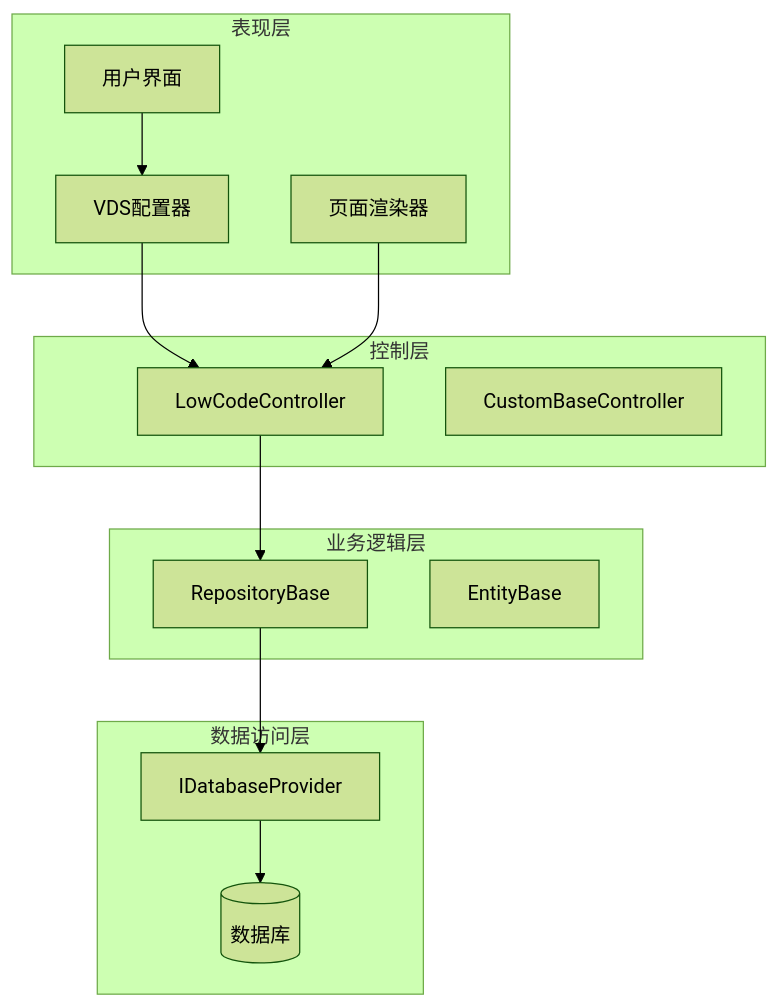
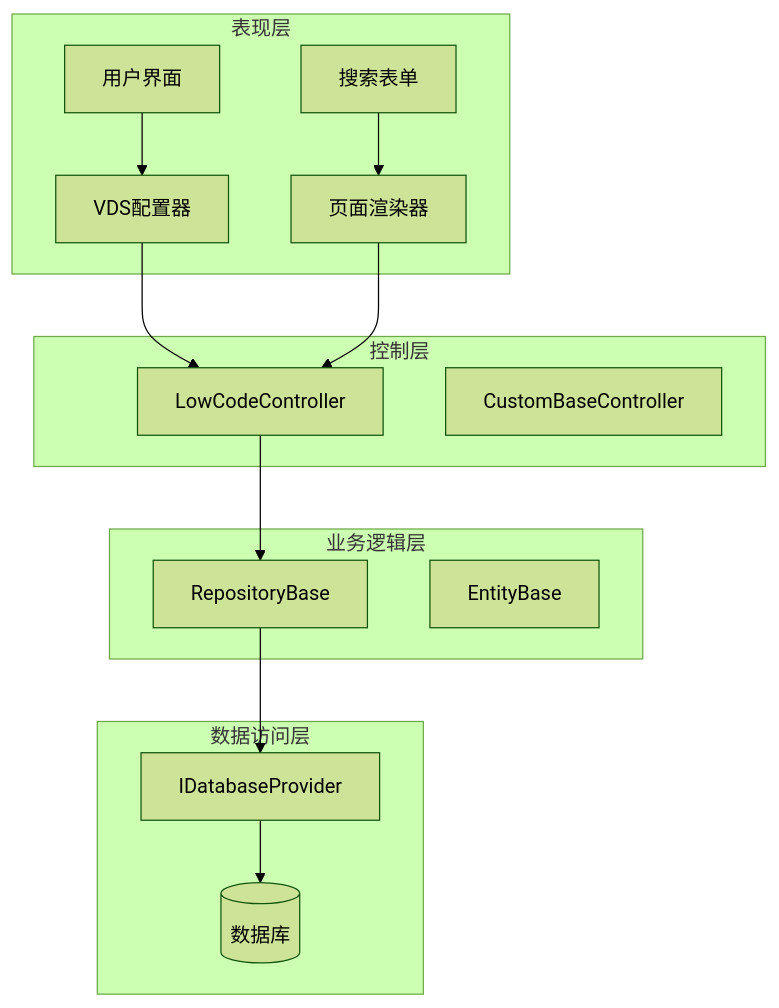
Before and after one commit to Sosososolong/AirGo: the first of 13 diagrams in .qoder/repowiki/zh/content/VDS字段配置系统.md, drawn with Mermaid (forest theme). The commit also changed other lines of this file and 4 other files, not shown here.

````diff
--- a/.qoder/repowiki/zh/content/VDS字段配置系统.md
+++ b/.qoder/repowiki/zh/content/VDS字段配置系统.md
@@ -41,26 +57,28 @@
 ```mermaid
 graph TB
 subgraph "表现层"
 UI[用户界面]
 Configurator[VDS配置器]
 Renderer[页面渲染器]
+SearchForm[搜索表单]
 end
 subgraph "控制层"
 Controller[LowCodeController]
 BaseCtrl[CustomBaseController]
 end
 subgraph "业务逻辑层"
 Repository[RepositoryBase]
 Entity[EntityBase]
 end
 subgraph "数据访问层"
 DB[(数据库)]
 Provider[IDatabaseProvider]
 end
 UI --> Configurator
 Configurator --> Controller
 Renderer --> Controller
+SearchForm --> Renderer
 Controller --> Repository
 Repository --> Provider
 Provider --> DB
 ```
````
